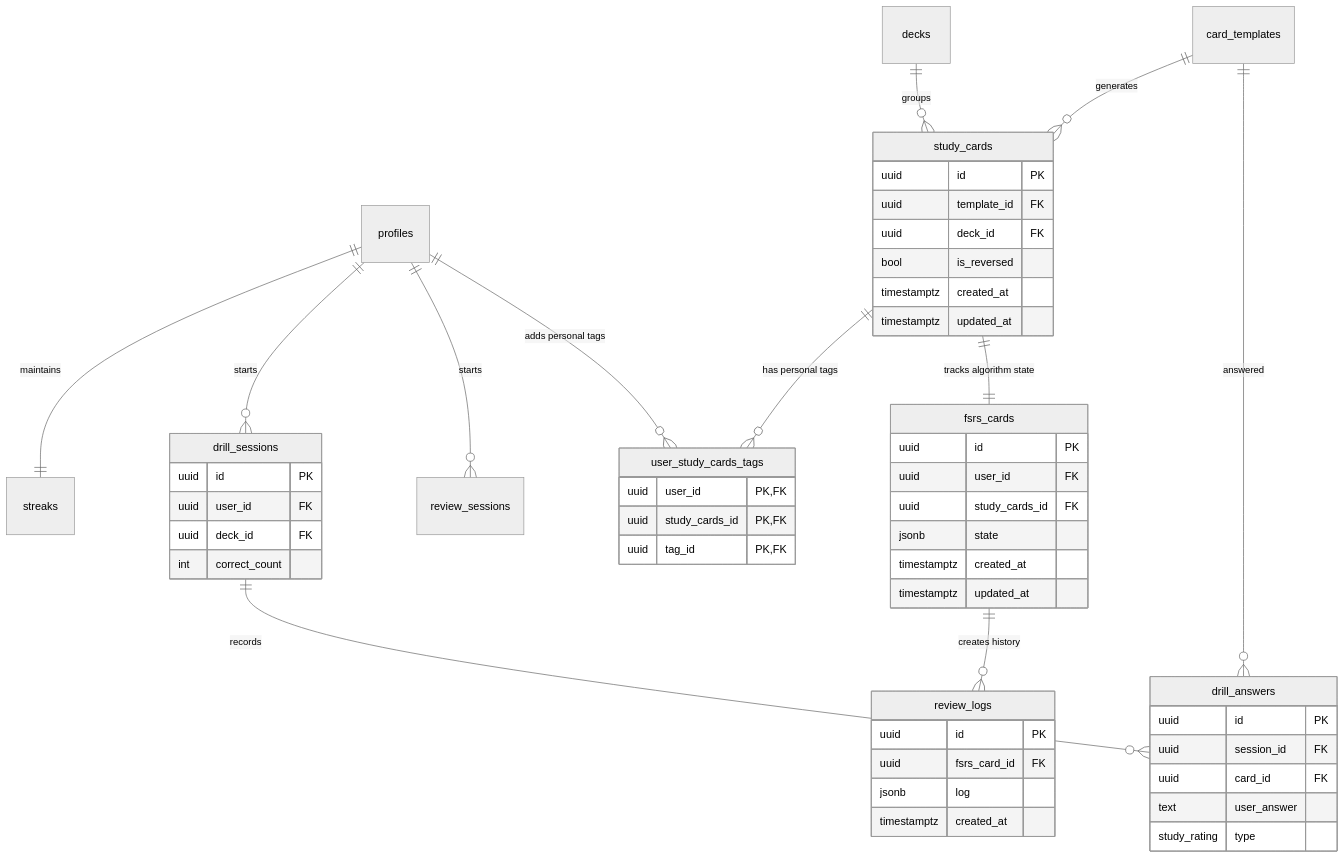
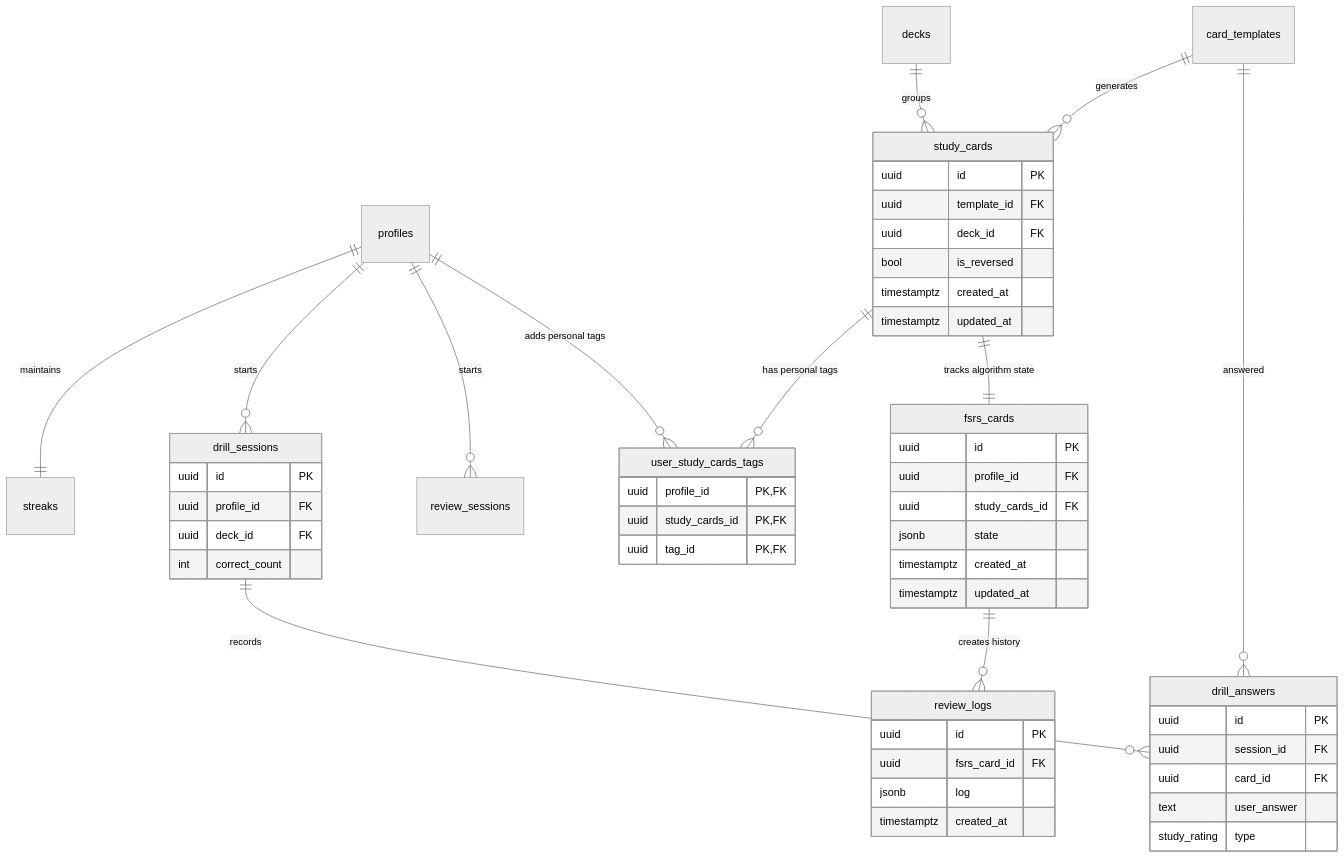
One commit to GuyWithBag/boo_mondai changed the fourth of 6 diagrams in supabase/context/schema_diagram.md. Above: the diagram before and after it, drawn with Mermaid (neutral theme). The commit also changed other lines of this file and 25 other files, not shown here.

Commit message:
chore(supabase): consolidate schema migrations

````diff
--- a/supabase/context/schema_diagram.md
+++ b/supabase/context/schema_diagram.md
@@ -161,65 +161,65 @@
 ```mermaid
 erDiagram
     profiles ||--|| streaks : "maintains"
     profiles ||--o{ drill_sessions : "starts"
     profiles ||--o{ review_sessions : "starts"
     
     decks ||--o{ study_cards : "groups"
     card_templates ||--o{ study_cards : "generates"
     
     study_cards {
         uuid id PK
         uuid template_id FK
         uuid deck_id FK
         bool is_reversed
         timestamptz created_at
         timestamptz updated_at
     }
 
     user_study_cards_tags {
-        uuid user_id PK, FK
+        uuid profile_id PK, FK
         uuid study_cards_id PK, FK
         uuid tag_id PK, FK
     }
 
     fsrs_cards {
         uuid id PK
-        uuid user_id FK
+        uuid profile_id FK
         uuid study_cards_id FK
         jsonb state
         timestamptz created_at
         timestamptz updated_at
     }
 
     review_logs {
         uuid id PK
         uuid fsrs_card_id FK
         jsonb log
         timestamptz created_at
     }
 
     drill_sessions {
         uuid id PK
-        uuid user_id FK
+        uuid profile_id FK
         uuid deck_id FK
         int correct_count
     }
 
     drill_answers {
         uuid id PK
         uuid session_id FK
         uuid card_id FK
         text user_answer
         study_rating type
     }
 
     profiles ||--o{ user_study_cards_tags : "adds personal tags"
     study_cards ||--o{ user_study_cards_tags : "has personal tags"
     
     study_cards ||--|| fsrs_cards : "tracks algorithm state"
     fsrs_cards ||--o{ review_logs : "creates history"
     
     drill_sessions ||--o{ drill_answers : "records"
     card_templates ||--o{ drill_answers : "answered"
 
 ```
````
